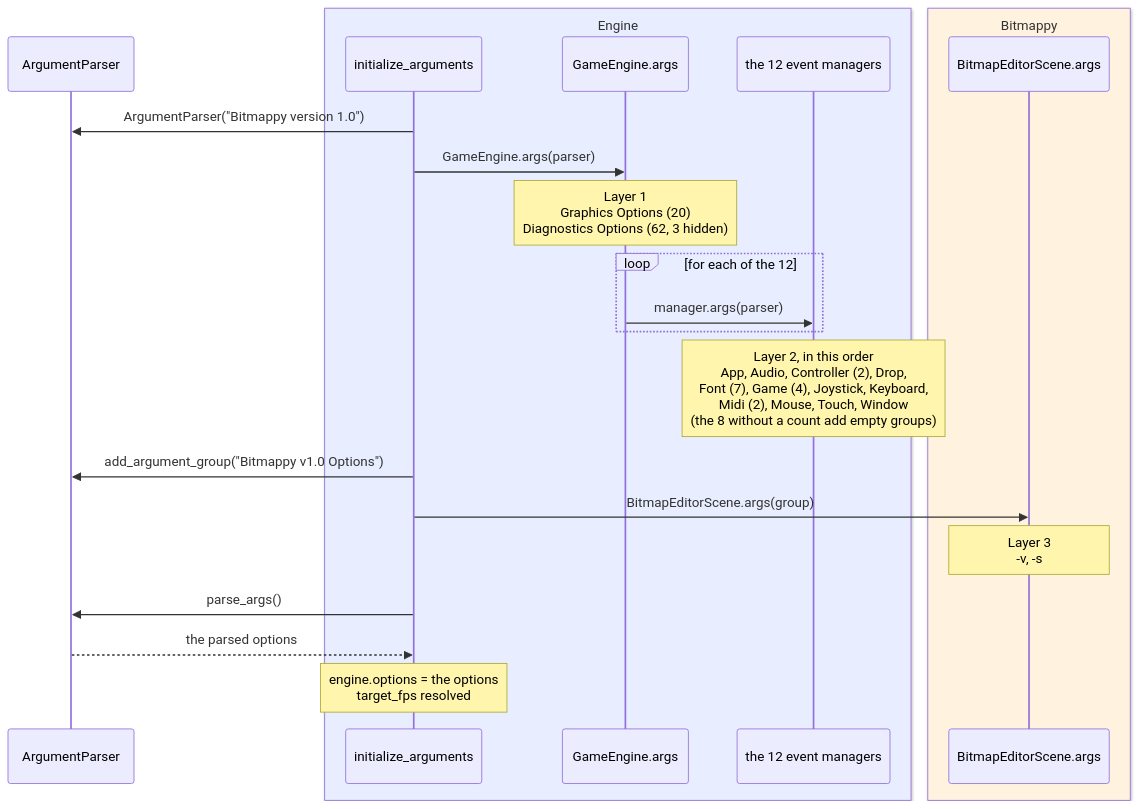
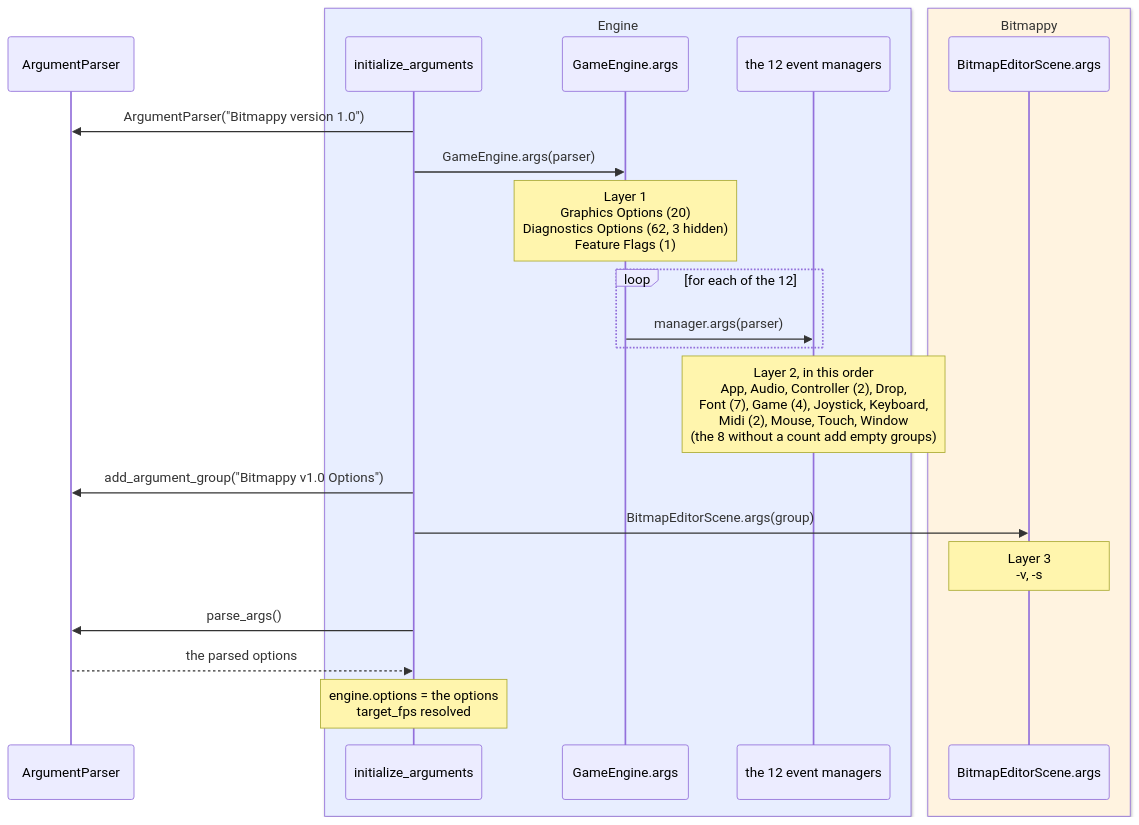
The first of 4 diagrams in docs/architecture/argument_system.md (terrysimons/glitchygames), drawn with Mermaid before and after one commit. The commit also changed other lines of this file and 46 other files, not shown here.

Commit message:
Feature flags, and --lucid-circuit replaces --ai (#319)

````diff
--- a/docs/architecture/argument_system.md
+++ b/docs/architecture/argument_system.md
@@ -14,26 +14,26 @@
 ```mermaid
 sequenceDiagram
     participant PARSER as ArgumentParser
     box rgb(232,238,255) Engine
     participant INIT as initialize_arguments
     participant ENGINE as GameEngine.args
     participant MANAGERS as the 12 event managers
     end
     box rgb(255,243,224) Bitmappy
     participant GAME as BitmapEditorScene.args
     end
 
     INIT->>PARSER: ArgumentParser("Bitmappy version 1.0")
     INIT->>ENGINE: GameEngine.args(parser)
-    Note over ENGINE: Layer 1<br/>Graphics Options (20)<br/>Diagnostics Options (62, 3 hidden)
+    Note over ENGINE: Layer 1<br/>Graphics Options (20)<br/>Diagnostics Options (62, 3 hidden)<br/>Feature Flags (1)
     loop for each of the 12
         ENGINE->>MANAGERS: manager.args(parser)
     end
     Note over MANAGERS: Layer 2, in this order<br/>App, Audio, Controller (2), Drop,<br/>Font (7), Game (4), Joystick, Keyboard,<br/>Midi (2), Mouse, Touch, Window<br/>(the 8 without a count add empty groups)
     INIT->>PARSER: add_argument_group("Bitmappy v1.0 Options")
     INIT->>GAME: BitmapEditorScene.args(group)
     Note over GAME: Layer 3<br/>-v, -s
     INIT->>PARSER: parse_args()
     PARSER-->>INIT: the parsed options
     Note over INIT: engine.options = the options<br/>target_fps resolved
 ```
````
